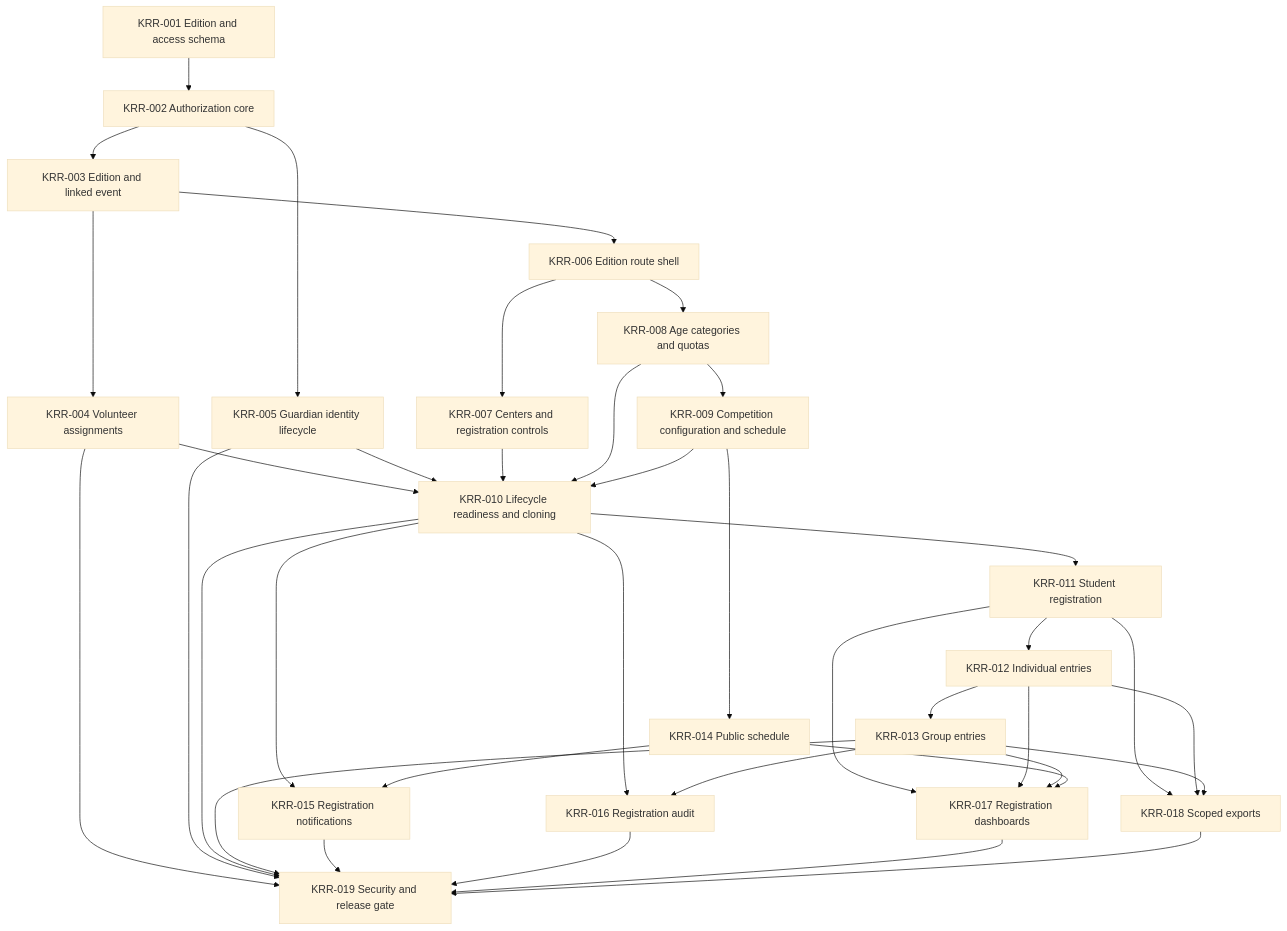
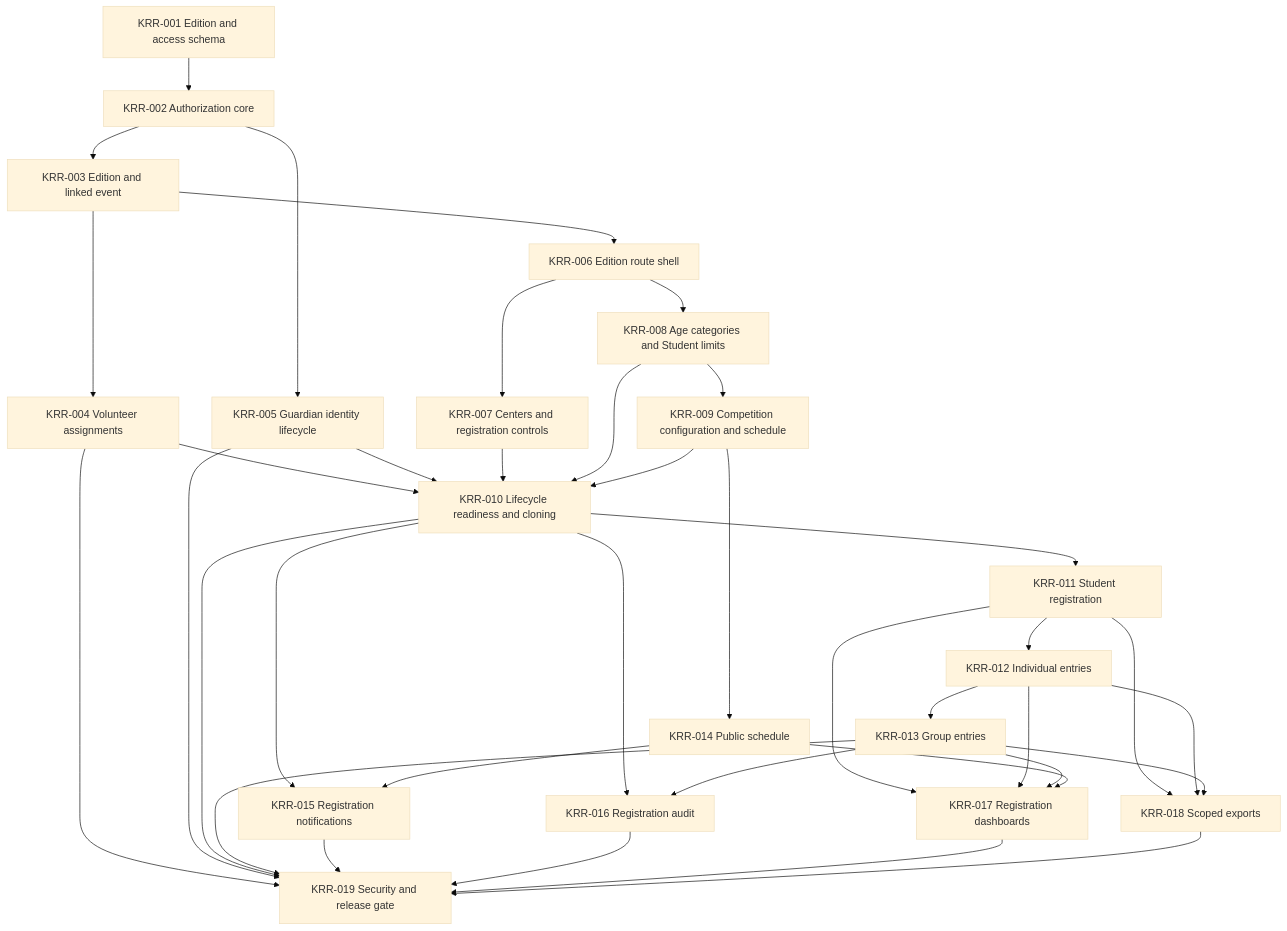
The diagram in docs/kalakriti-registration-release-tasks.md (proud-indian-ngo/dash), drawn with Mermaid (base theme) before and after one commit. The commit also changed other lines of this file and 22 other files, not shown here.

````diff
--- a/docs/kalakriti-registration-release-tasks.md
+++ b/docs/kalakriti-registration-release-tasks.md
@@ -30,39 +30,39 @@
 ```mermaid
 flowchart TD
   T01["KRR-001 Edition and access schema"] --> T02["KRR-002 Authorization core"]
   T02 --> T03["KRR-003 Edition and linked event"]
   T03 --> T04["KRR-004 Volunteer assignments"]
   T02 --> T05["KRR-005 Guardian identity lifecycle"]
   T03 --> T06["KRR-006 Edition route shell"]
   T06 --> T07["KRR-007 Centers and registration controls"]
-  T06 --> T08["KRR-008 Age categories and quotas"]
+  T06 --> T08["KRR-008 Age categories and Student limits"]
   T08 --> T09["KRR-009 Competition configuration and schedule"]
   T04 --> T10["KRR-010 Lifecycle readiness and cloning"]
   T05 --> T10
   T07 --> T10
   T08 --> T10
   T09 --> T10
   T10 --> T11["KRR-011 Student registration"]
   T11 --> T12["KRR-012 Individual entries"]
   T12 --> T13["KRR-013 Group entries"]
   T09 --> T14["KRR-014 Public schedule"]
   T10 --> T15["KRR-015 Registration notifications"]
   T14 --> T15
   T10 --> T16["KRR-016 Registration audit"]
   T13 --> T16
   T11 --> T17["KRR-017 Registration dashboards"]
   T12 --> T17
   T13 --> T17
   T14 --> T17
   T11 --> T18["KRR-018 Scoped exports"]
   T12 --> T18
   T13 --> T18
   T04 --> T19["KRR-019 Security and release gate"]
   T05 --> T19
   T10 --> T19
   T13 --> T19
   T15 --> T19
   T16 --> T19
   T17 --> T19
   T18 --> T19
 ```
````
